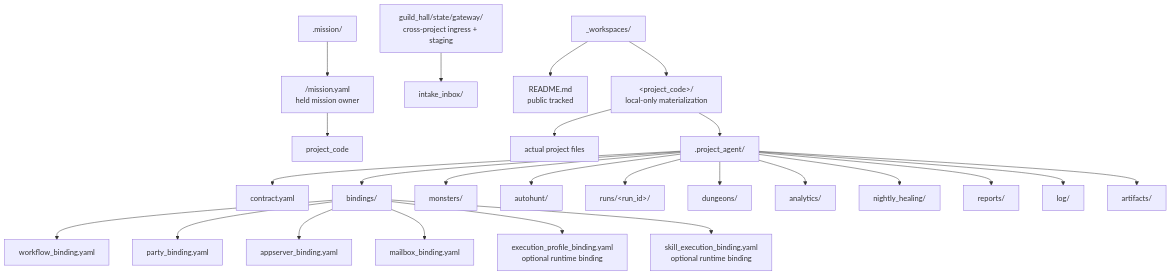
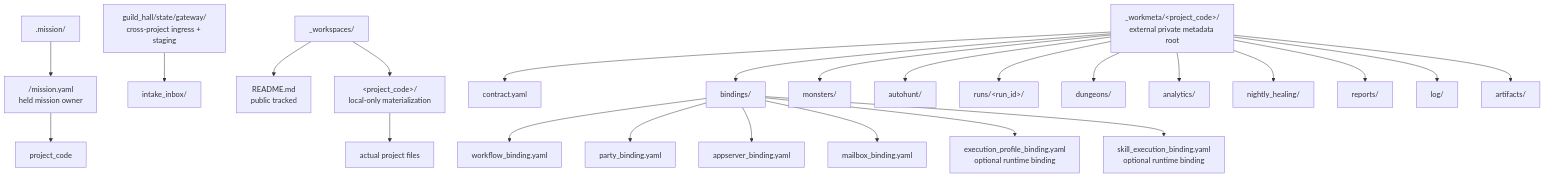
The diagram in docs/architecture/workspace/WORKSPACE_PROJECT_MODEL.md (SungYongMOON/soulforge), drawn with Mermaid before and after one commit. The commit also changed other lines of this file and 111 other files, not shown here.

Commit message:
workspace: _workmeta companion 루트로 metadata 계약 전환

````diff
--- a/docs/architecture/workspace/WORKSPACE_PROJECT_MODEL.md
+++ b/docs/architecture/workspace/WORKSPACE_PROJECT_MODEL.md
@@ -13,27 +13,26 @@
 ```mermaid
 flowchart TD
   MI[".mission/"] --> MP["<mission_id>/mission.yaml<br/>held mission owner"]
   MP --> PJ["project_code"]
   GH["guild_hall/state/gateway/<br/>cross-project ingress + staging"] --> GHI["intake_inbox/"]
   W["_workspaces/"] --> R["README.md<br/>public tracked"]
   W --> P["&lt;project_code&gt;/<br/>local-only materialization"]
   P --> F["actual project files"]
-  P --> PA[".project_agent/"]
-  PA --> C["contract.yaml"]
-  PA --> B["bindings/"]
-  PA --> PM["monsters/"]
-  PA --> AH["autohunt/"]
+  WM["_workmeta/&lt;project_code&gt;/<br/>external private metadata root"] --> C["contract.yaml"]
+  WM --> B["bindings/"]
+  WM --> PM["monsters/"]
+  WM --> AH["autohunt/"]
   B --> WB["workflow_binding.yaml"]
   B --> PB["party_binding.yaml"]
   B --> AB["appserver_binding.yaml"]
   B --> MB["mailbox_binding.yaml"]
   B --> EP["execution_profile_binding.yaml<br/>optional runtime binding"]
   B --> SB["skill_execution_binding.yaml<br/>optional runtime binding"]
-  PA --> RUN["runs/&lt;run_id&gt;/"]
-  PA --> D["dungeons/"]
-  PA --> A["analytics/"]
-  PA --> N["nightly_healing/"]
-  PA --> RP["reports/"]
-  PA --> LOG["log/"]
-  PA --> AR["artifacts/"]
+  WM --> RUN["runs/&lt;run_id&gt;/"]
+  WM --> D["dungeons/"]
+  WM --> A["analytics/"]
+  WM --> N["nightly_healing/"]
+  WM --> RP["reports/"]
+  WM --> LOG["log/"]
+  WM --> AR["artifacts/"]
 ```
````
